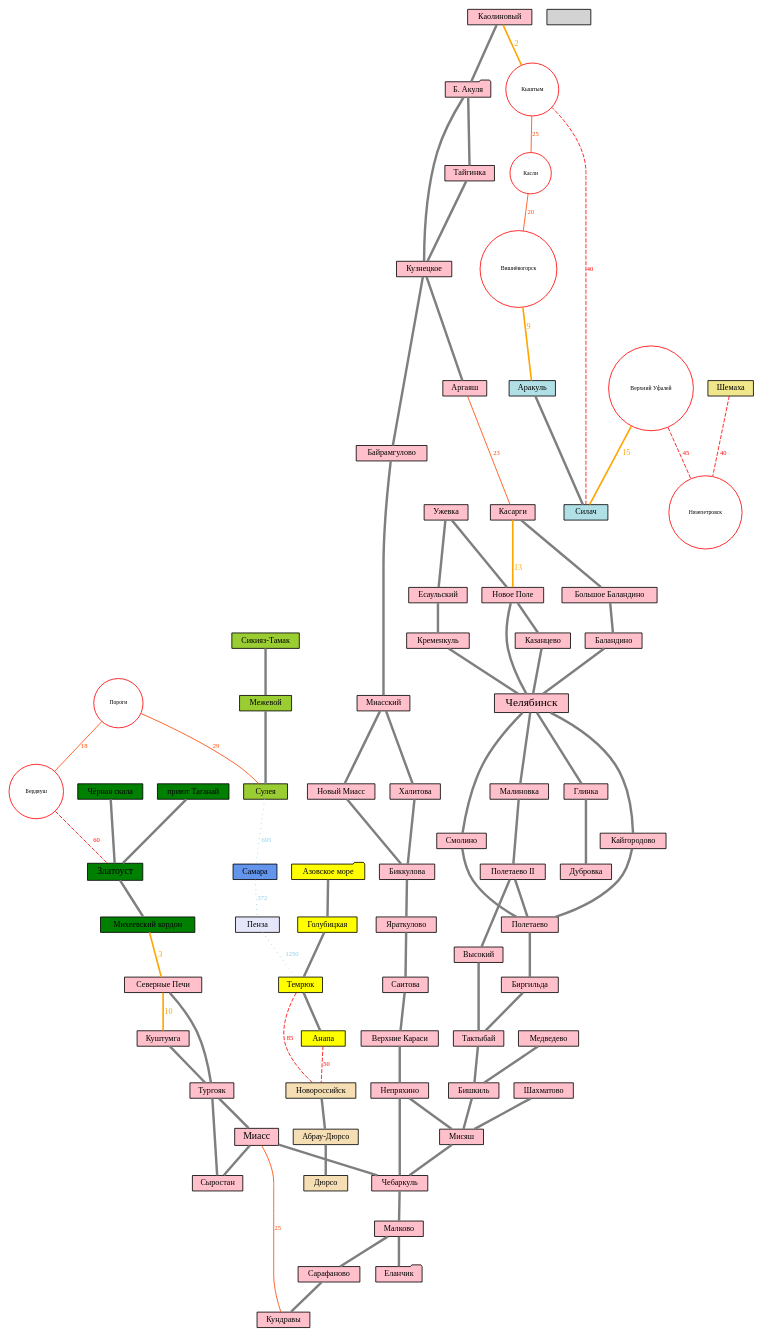
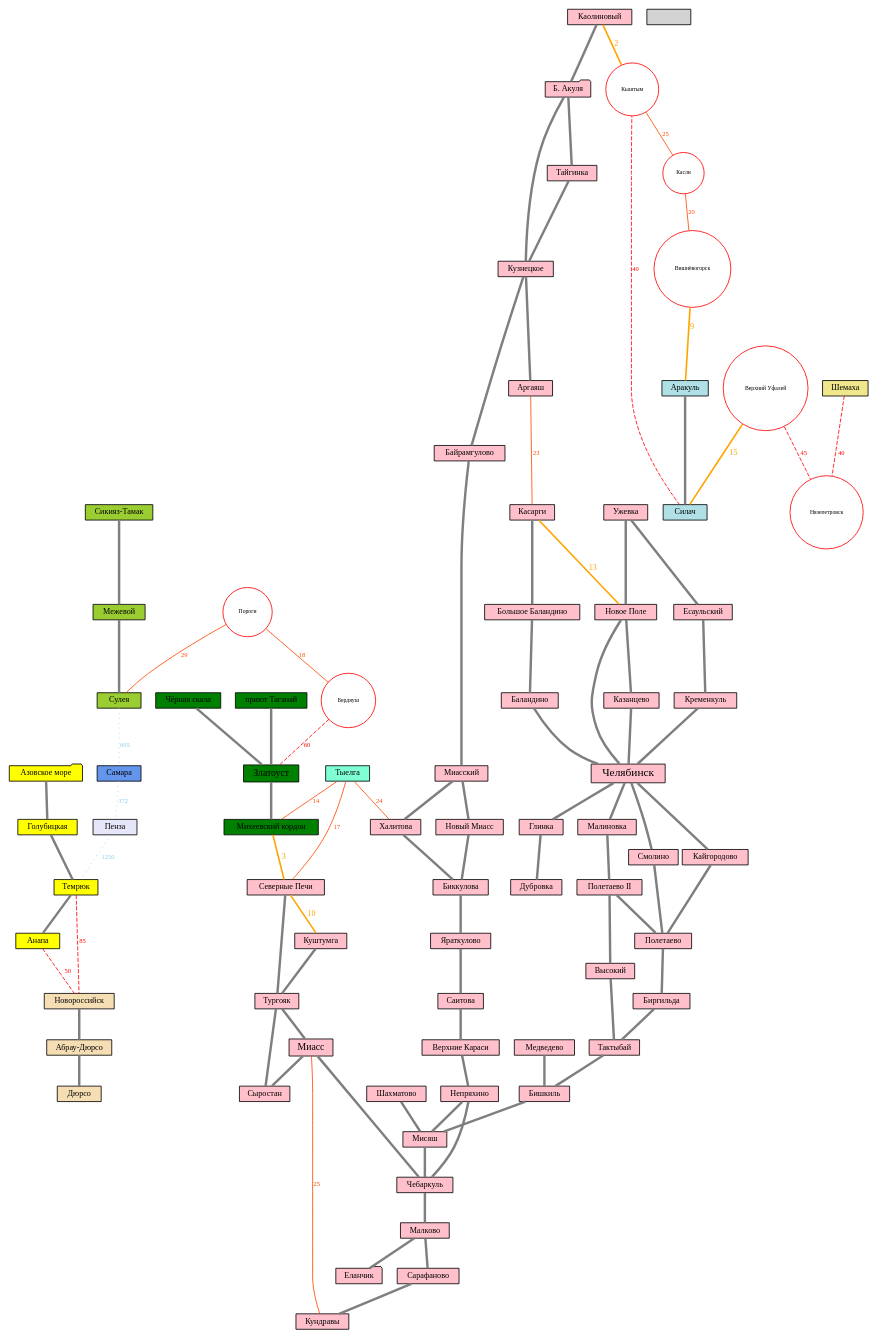
The diagram in bike-area.dot (shoorick/bike-area), drawn with Graphviz before and after one commit.

Commit message:
Добавлена Тыелга и потенциальные связки с другими областями.

```diff
--- a/bike-area.dot
+++ b/bike-area.dot
@@ -1,131 +1,140 @@
 graph G {
     node [ shape=box, fontsize=10, fontname="Droid Sans", style=filled, height=0.2 ]
     edge [ color=gray50, penwidth=3, fontname="Droid Sans" ]
     graph [ overlap=false ]
 
     subgraph main {
         node [ fillcolor=pink ]
 
         "Б. Акуля" [ shape=folder ]
         "Еланчик"  [ shape=folder ]
 
         Челябинск [ fontsize=14 ]
         Миасс [ fontsize=12 ]
         Челябинск -- Смолино -- Полетаево -- Биргильда -- Тактыбай -- Бишкиль -- Мисяш -- Чебаркуль
         Миасс -- Чебаркуль
         Непряхино -- Мисяш
         Шахматово -- Мисяш
         Медведево -- Бишкиль
         Челябинск -- Малиновка -- "Полетаево II" -- Высокий -- Тактыбай
         "Полетаево II" -- Полетаево
         Каолиновый -- "Б. Акуля" -- Кузнецкое -- Байрамгулово -- Миасский -- "Новый Миасс" -- Биккулова -- Яраткулово -- Саитова -- "Верхние Караси" -- Непряхино -- Чебаркуль -- Малково -- Сарафаново -- Кундравы
         Миасский -- Халитова -- Биккулова
         Малково -- Еланчик
         "Б. Акуля" -- Тайгинка -- Кузнецкое -- Аргаяш
         Челябинск -- Кайгородово -- Полетаево
         Ужевка -- Есаульский -- Кременкуль -- Челябинск
         Касарги -- "Большое Баландино" -- Баландино -- Челябинск
         "Северные Печи" -- Тургояк -- Миасс -- Сыростан
         Куштумга -- Тургояк -- Сыростан
         Ужевка -- "Новое Поле" -- Казанцево -- Челябинск
         "Новое Поле" -- Челябинск
         Челябинск -- Глинка -- Дубровка
     }
 
     subgraph north {
         node [ fillcolor=powderblue ]
 
         Аракуль -- Силач
     }
 
     subgraph penza {
         node [ fillcolor=lavender ]
 
         Пенза
     }
 
     subgraph samara {
         node [ fillcolor=cornflowerblue ]
 
         Самара
     }
 
     subgraph shemakha {
         node [ fillcolor=khaki ]
 
         Шемаха
     }
 
     subgraph mount {
         node [ fillcolor=green ]
         Златоуст [ fontsize=12 ]
 
         //"Чёрная скала" [ shape=hexagon, height=0.2 ]
         "Чёрная скала" -- Златоуст -- "Михеевский кордон"
         "приют Таганай" -- Златоуст
     }
 
     subgraph ai {
         node [ fillcolor=yellowgreen ]
 
         "Сикияз-Тамак" -- Межевой -- Сулея
     }
 
     subgraph south1 {
         node [ fillcolor=yellow ]
         "Азовское море" [ shape=folder ]
         "Азовское море" -- Голубицкая -- Темрюк -- Анапа
     }
 
     subgraph south2 {
         node [ fillcolor=wheat ]
 
         Новороссийск -- "Абрау-Дюрсо" -- Дюрсо
     }
 
+    subgraph tyelga {
+        node [ fillcolor=aquamarine ]
+
+        Тыелга
+    }
+
     subgraph failed_cities {
         node [ shape="circle",fillcolor="white",color="red",fontsize=7, height=0.1 ]
         Кыштым Касли Пороги Бердяуш Вишнёвогорск Нязепетровск "Верхний Уфалей"
     }
 
     subgraph failed {
 
         // Ближние — можно пройти за час
         edge [ color=orange, fontcolor=orange, fontsize=10, penwidth=2 ]
         Каолиновый -- Кыштым [ label=2 ]
         "Михеевский кордон" -- "Северные Печи" [ label=3 ]
         Вишнёвогорск -- Аракуль  [ label=9 ]
         "Северные Печи" -- Куштумга [ label=10 ]
         Касарги -- "Новое Поле" [ label=13 ]
         "Верхний Уфалей" -- Силач [ label=15 ]
 
         // Ближние
         edge [ color=orangered, fontcolor=orangered, fontsize=8, penwidth=1 ]
         Пороги -- Бердяуш [ label=18 ]
         Миасс -- Кундравы  [ label=25 ]
         Аргаяш -- Касарги  [ label=23 ]
         Пороги -- Сулея  [ label=29 ]
         Кыштым -- Касли  [ label=25 ]
         Касли -- Вишнёвогорск [ label=20]
+        Тыелга -- "Михеевский кордон" [ label=14 ]
+        Тыелга -- "Северные Печи" [ label=17 ]
+        Тыелга -- Халитова [ label=24 ]
 
         // Средние — можно пройти за день
         edge [ color=red, fontcolor=red, style="dashed" ]
         Силач -- Кыштым  [ label=40 ]
         Анапа -- Новороссийск [ label=50 ]
         Бердяуш -- Златоуст [ label=60 ]
         Шемаха -- Нязепетровск [ label=40 ]
         "Верхний Уфалей" -- Нязепетровск [ label=45 ]
         Темрюк -- Новороссийск [ label=85 ]
 
         // Дальние
         edge [ color=plum, fontcolor=plum, style="dotted" ]
 
         // Совсем дальние — нереально проехать
         edge [ color=skyblue, fontcolor=skyblue ]
         Самара -- Пенза [ label=372 ]
         Сулея -- Самара [ label=695 ]
         Пенза -- Темрюк [ label=1250 ]
     }
 }
 
 // https://gist.github.com/shoorick/6155062
```
